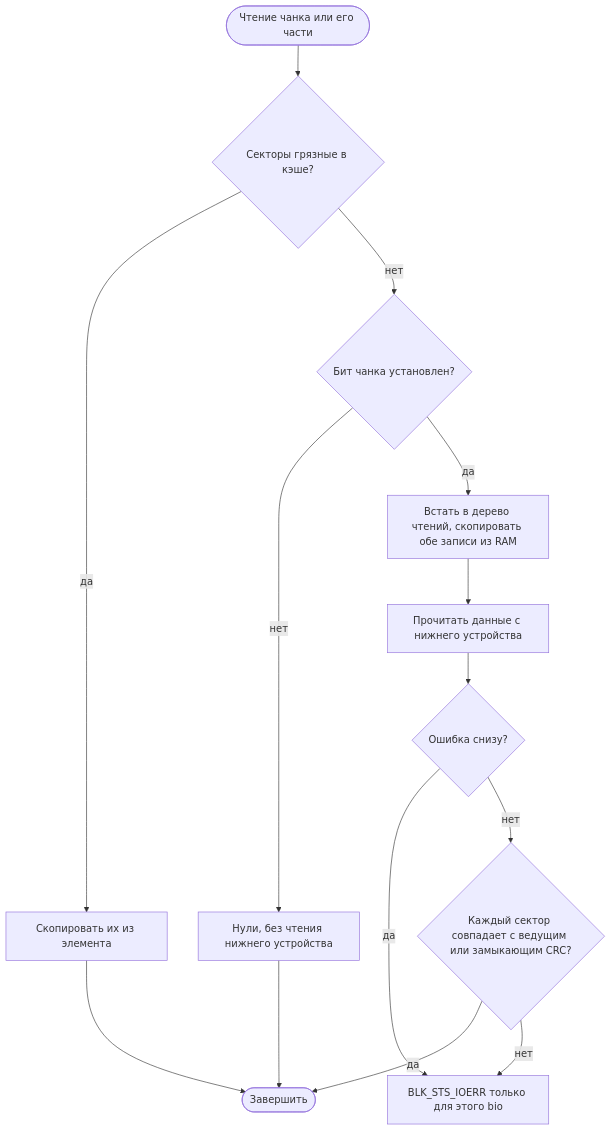
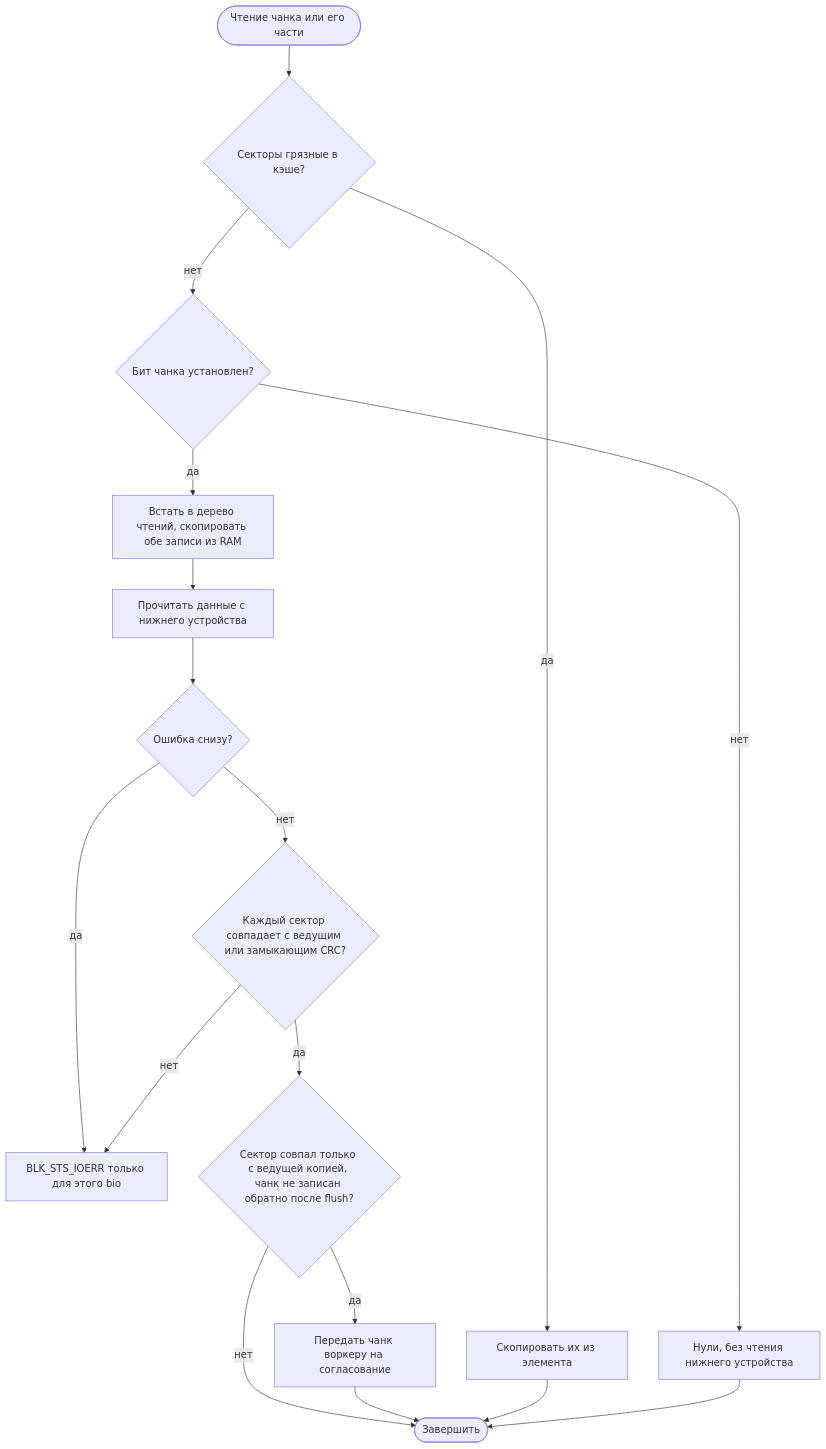
Before and after one commit to Dx-by-Dy/Automatic-Error-Correction-Driver: the fifth of 20 diagrams in docs/ru/DIAGRAMS.md, drawn with Mermaid. The commit also changed other lines of this file and 21 other files, not shown here.

````diff
--- a/docs/ru/DIAGRAMS.md
+++ b/docs/ru/DIAGRAMS.md
@@ -132,16 +132,19 @@
 ```mermaid
 flowchart TD
     read(["Чтение чанка или его части"]) --> cached{"Секторы грязные в кэше?"}
     cached -- да --> copy["Скопировать их из элемента"]
     cached -- нет --> bit{"Бит чанка установлен?"}
     bit -- нет --> zeros["Нули, без чтения нижнего устройства"]
     bit -- да --> register["Встать в дерево чтений, скопировать обе записи из RAM"]
     register --> lower["Прочитать данные с нижнего устройства"]
     lower --> error{"Ошибка снизу?"}
     error -- да --> eio["BLK_STS_IOERR только для этого bio"]
     error -- нет --> crc{"Каждый сектор совпадает с ведущим или замыкающим CRC?"}
-    crc -- да --> ok(["Завершить"])
+    crc -- да --> only{"Сектор совпал только с ведущей копией, чанк не записан обратно после flush?"}
+    only -- да --> settle["Передать чанк воркеру на согласование"]
+    only -- нет --> ok(["Завершить"])
+    settle --> ok
     crc -- нет --> eio
     copy --> ok
     zeros --> ok
 ```
````
